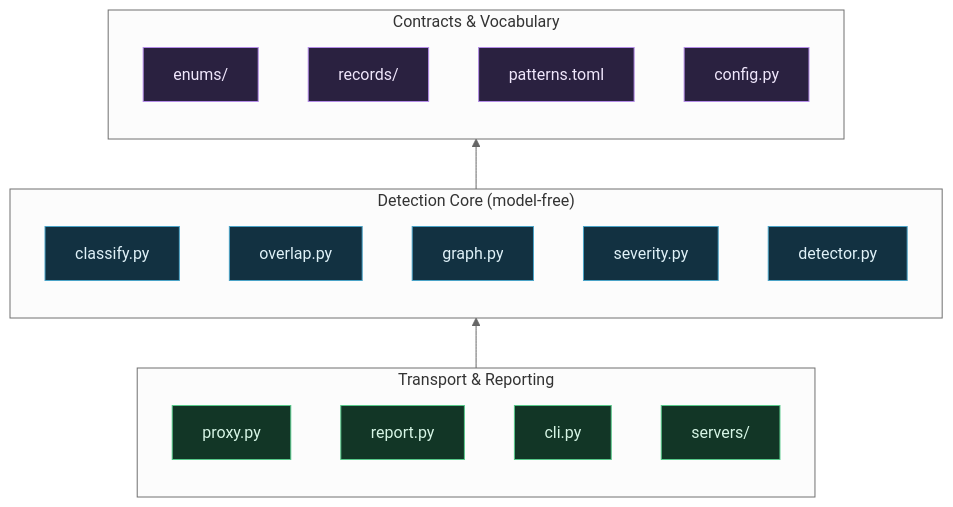
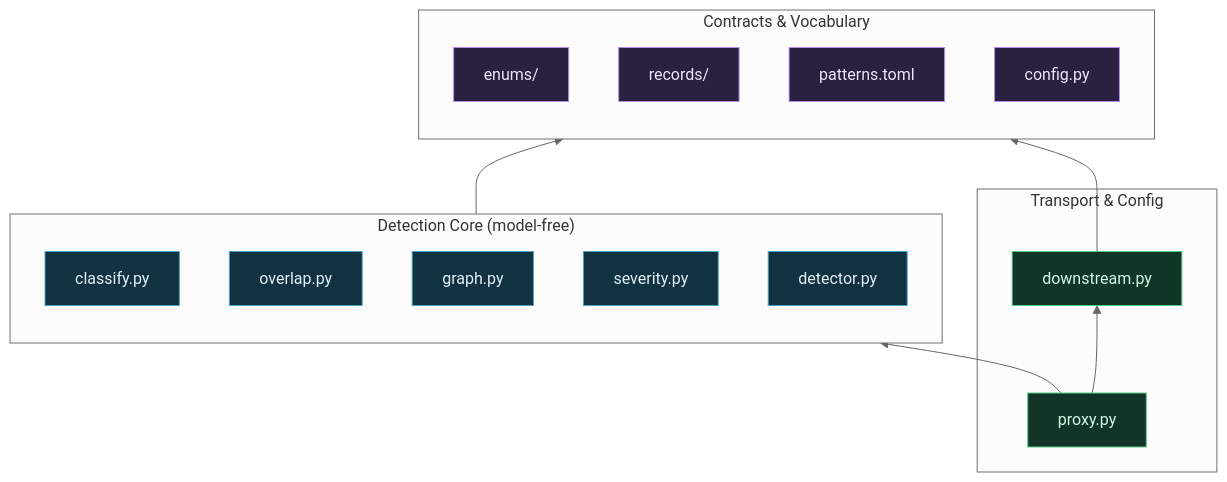
One commit to enchanter-ai/cyclops changed the third of 3 diagrams in README.md. Above: the diagram before and after it, drawn with Mermaid (neutral theme). The commit also changed other lines of this file and 8 other files, not shown here.

````diff
--- a/README.md
+++ b/README.md
@@ -360,27 +377,27 @@
 ```mermaid
 flowchart BT
   classDef voc fill:#2a2140,stroke:#b48ce8,color:#efe6fb
   classDef core fill:#123141,stroke:#4aa3c7,color:#dff1f8
   classDef io fill:#123626,stroke:#57c98a,color:#d6f5e5
   subgraph VOC["Contracts & Vocabulary"]
     enums["enums/"]:::voc
     records["records/"]:::voc
     patterns["patterns.toml"]:::voc
     config["config.py"]:::voc
   end
   subgraph CORE["Detection Core (model-free)"]
     classify["classify.py"]:::core
     overlap["overlap.py"]:::core
     graphf["graph.py"]:::core
     severity["severity.py"]:::core
     detector["detector.py"]:::core
   end
-  subgraph IO["Transport & Reporting"]
+  subgraph IO["Transport & Config"]
+    downstream["downstream.py"]:::io
     proxy["proxy.py"]:::io
-    report["report.py"]:::io
-    cli["cli.py"]:::io
-    servers["servers/"]:::io
   end
   CORE --> VOC
-  IO --> CORE
+  downstream --> VOC
+  proxy --> CORE
+  proxy --> downstream
 ```
````
